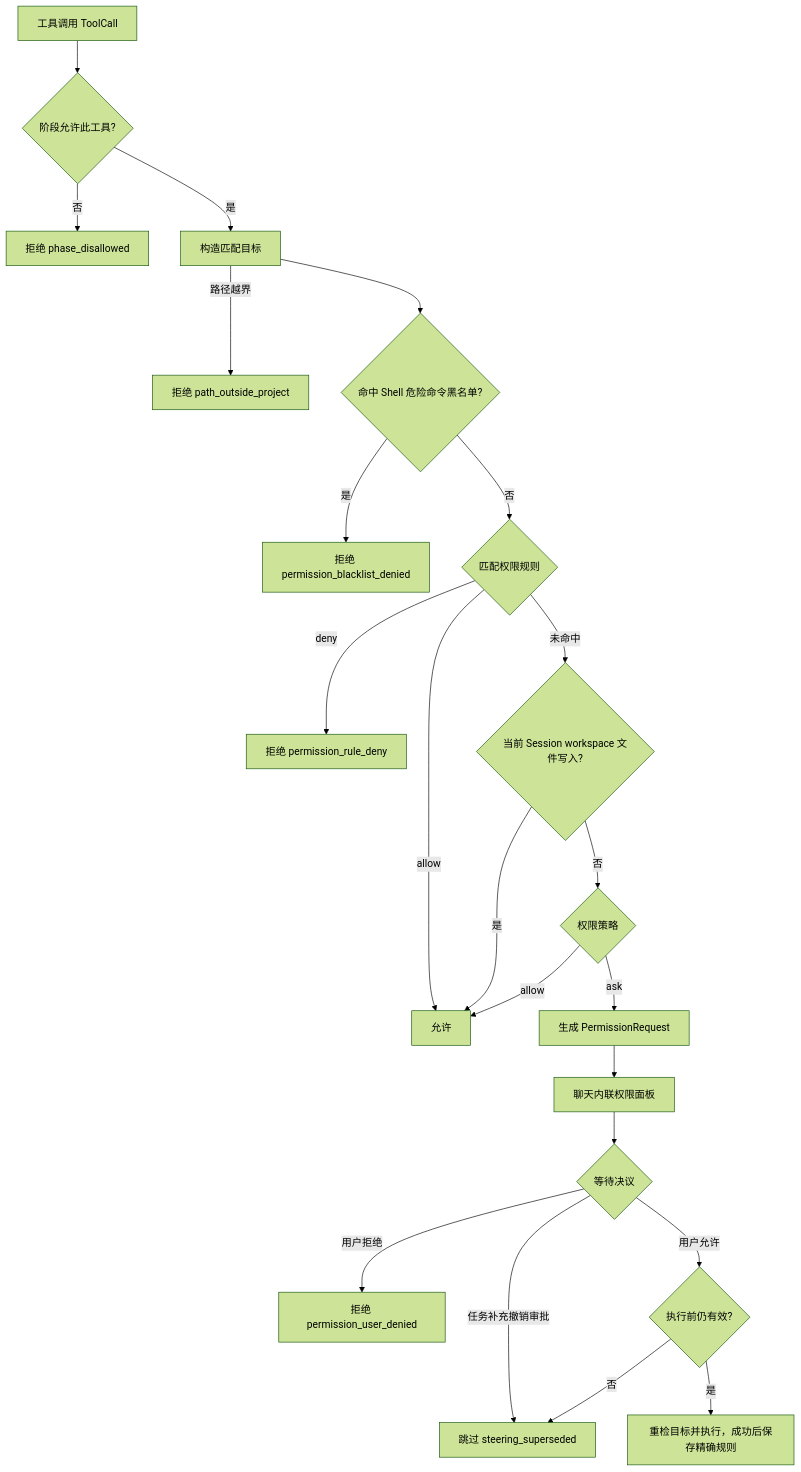
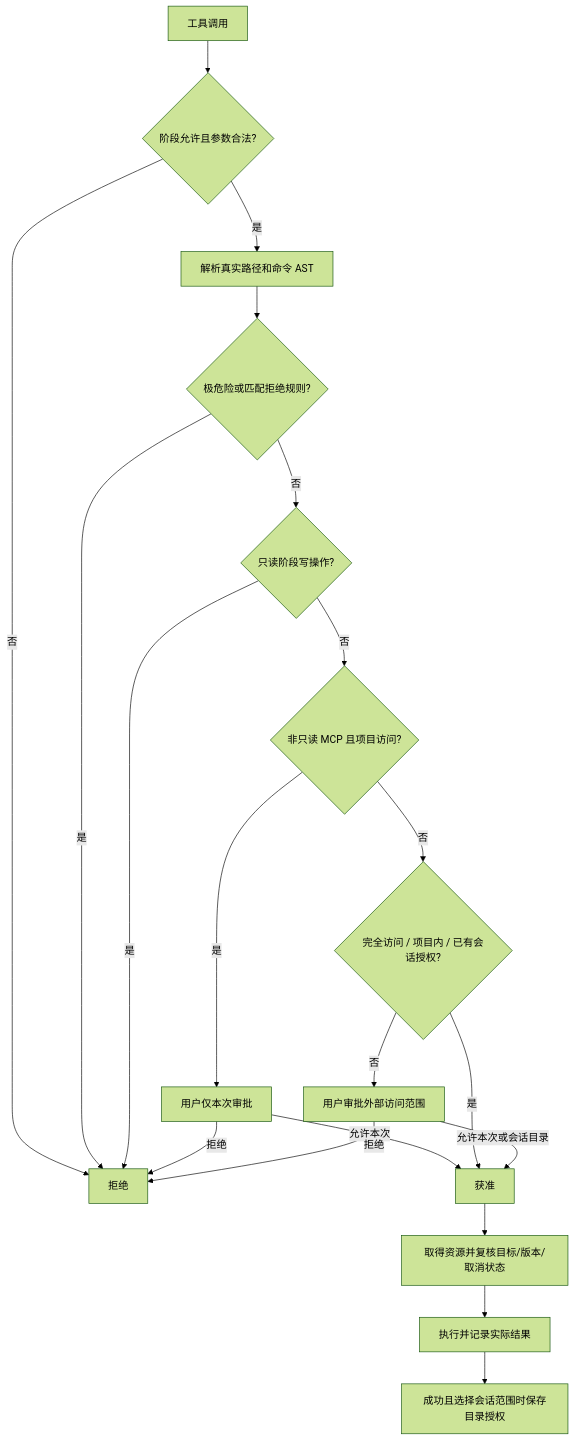
The diagram in docs/workflows/permission-flow.md (LangYiSheng/LanCher-Code), drawn with Mermaid (forest theme) before and after one commit. The commit also changed other lines of this file and 105 other files, not shown here.

````diff
--- a/docs/workflows/permission-flow.md
+++ b/docs/workflows/permission-flow.md
@@ -25,24 +21,22 @@
 ```mermaid
 flowchart TD
-    A[工具调用 ToolCall] --> B{阶段允许此工具?}
-    B -->|否| D[拒绝 phase_disallowed]
-    B -->|是| C[构造匹配目标]
-    C -->|路径越界| E[拒绝 path_outside_project]
-    C --> F{命中 Shell 危险命令黑名单?}
-    F -->|是| G[拒绝 permission_blacklist_denied]
-    F -->|否| H{匹配权限规则}
-    H -->|allow| K[允许]
-    H -->|deny| I[拒绝 permission_rule_deny]
-    H -->|未命中| W{当前 Session workspace 文件写入?}
-    W -->|是| K
-    W -->|否| J{权限策略}
-    J -->|allow| K
-    J -->|ask| L[生成 PermissionRequest]
-    L --> M[聊天内联权限面板]
-    M --> N{等待决议}
-    N -->|用户拒绝| O[拒绝 permission_user_denied]
-    N -->|任务补充撤销审批| P[跳过 steering_superseded]
-    N -->|用户允许| Q{执行前仍有效?}
-    Q -->|否| P
-    Q -->|是| R[重检目标并执行，成功后保存精确规则]
+    A[工具调用] --> B{阶段允许且参数合法?}
+    B -->|否| X[拒绝]
+    B -->|是| C[解析真实路径和命令 AST]
+    C --> D{极危险或匹配拒绝规则?}
+    D -->|是| X
+    D -->|否| E{只读阶段写操作?}
+    E -->|是| X
+    E -->|否| M{非只读 MCP 且项目访问?}
+    M -->|是| O[用户仅本次审批]
+    O -->|拒绝| X
+    O -->|允许本次| P
+    M -->|否| F{完全访问 / 项目内 / 已有会话授权?}
+    F -->|是| P[获准]
+    F -->|否| Q[用户审批外部访问范围]
+    Q -->|拒绝| X
+    Q -->|允许本次或会话目录| P
+    P --> R[取得资源并复核目标/版本/取消状态]
+    R --> S[执行并记录实际结果]
+    S --> T[成功且选择会话范围时保存目录授权]
 ```
````
